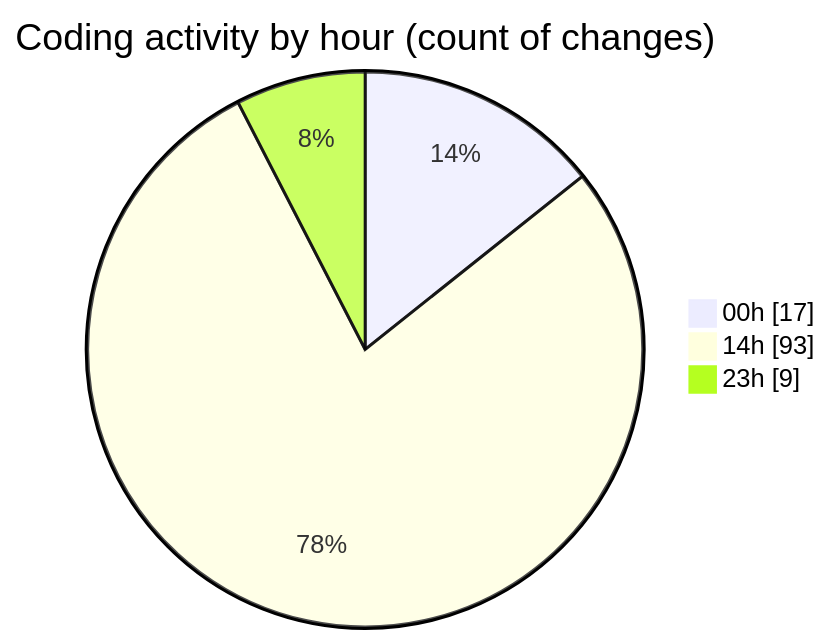
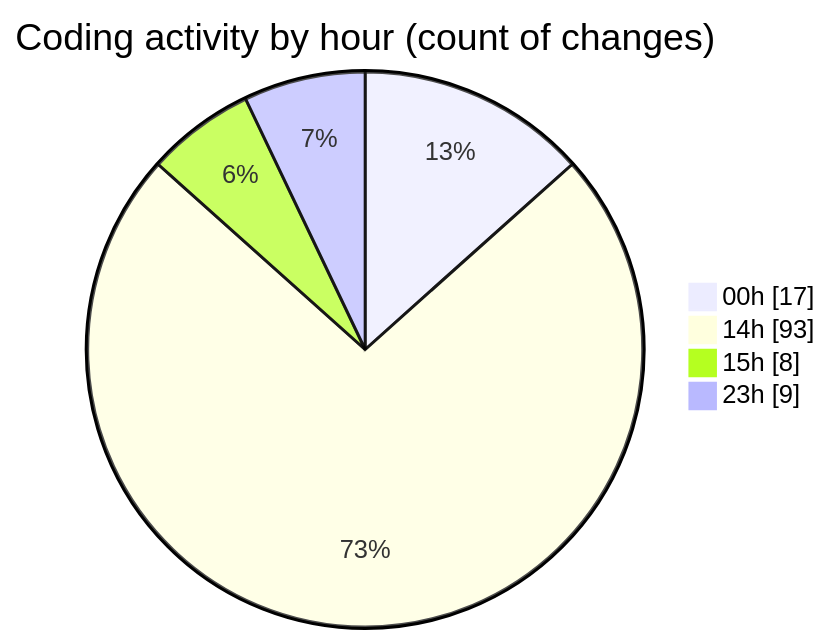
One commit to Ritupan-Deka/code-tracking changed the second of 2 diagrams in 2025-07-20/mern-workoutboard/README.md. Above: the diagram before and after it, drawn with Mermaid. The commit also changed other lines of this file and 1 other file, not shown here.

````diff
--- a/2025-07-20/mern-workoutboard/README.md
+++ b/2025-07-20/mern-workoutboard/README.md
@@ -32,7 +33,8 @@
 ```mermaid
 pie showData
 title Coding activity by hour (count of changes)
 "00h" : 17
 "14h" : 93
+"15h" : 8
 "23h" : 9
 ```
````
